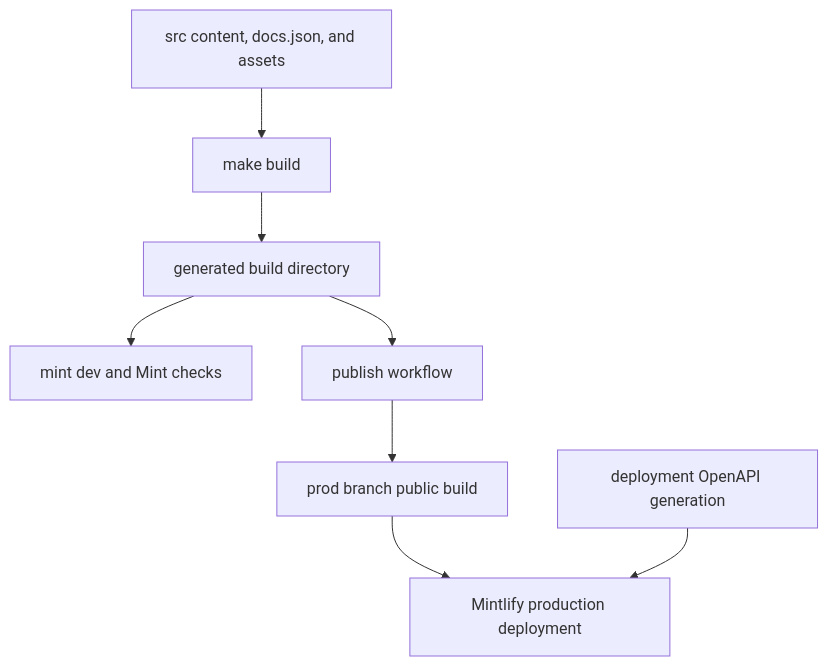
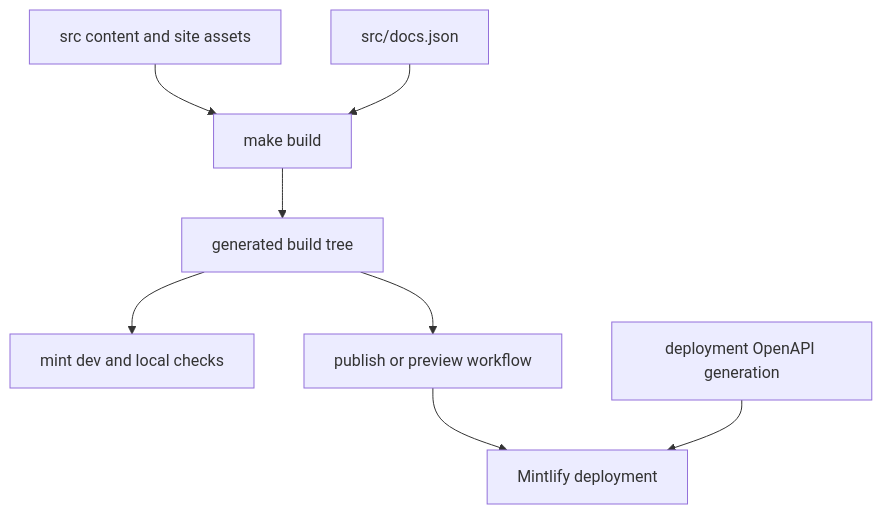
One commit to langchain-ai/docs changed the diagram in openwiki/integrations/mintlify.md. Above: the diagram before and after it, drawn with Mermaid. The commit also changed other lines of this file and 20 other files, not shown here.

````diff
--- a/openwiki/integrations/mintlify.md
+++ b/openwiki/integrations/mintlify.md
@@ -41,10 +45,10 @@
 ```mermaid
 flowchart TD
-    Source["src content, docs.json, and assets"] --> Builder["make build"]
-    Builder --> Tree["generated build directory"]
-    Tree --> Local["mint dev and Mint checks"]
-    Tree --> Publish["publish workflow"]
-    Publish --> Prod["prod branch public build"]
-    Prod --> Hosted["Mintlify production deployment"]
-    Spec["deployment OpenAPI generation"] --> Hosted
+    Source["src content and site assets"] --> Build["make build"]
+    Config["src/docs.json"] --> Build
+    Build --> Tree["generated build tree"]
+    Tree --> Local["mint dev and local checks"]
+    Tree --> Publish["publish or preview workflow"]
+    Publish --> Mintlify["Mintlify deployment"]
+    Spec["deployment OpenAPI generation"] --> Mintlify
 ```
````
